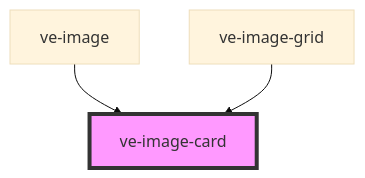
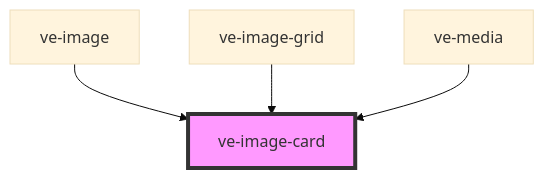
Before and after one commit to juncture-digital/web-components: the diagram in src/components/ve-image-card/readme.md, drawn with Mermaid (base theme). The commit also changed other lines of this file and 19 other files, not shown here.

````diff
--- a/src/components/ve-image-card/readme.md
+++ b/src/components/ve-image-card/readme.md
@@ -30,6 +31,7 @@
 ```mermaid
 graph TD;
   ve-image --> ve-image-card
   ve-image-grid --> ve-image-card
+  ve-media --> ve-image-card
   style ve-image-card fill:#f9f,stroke:#333,stroke-width:4px
 ```
````
